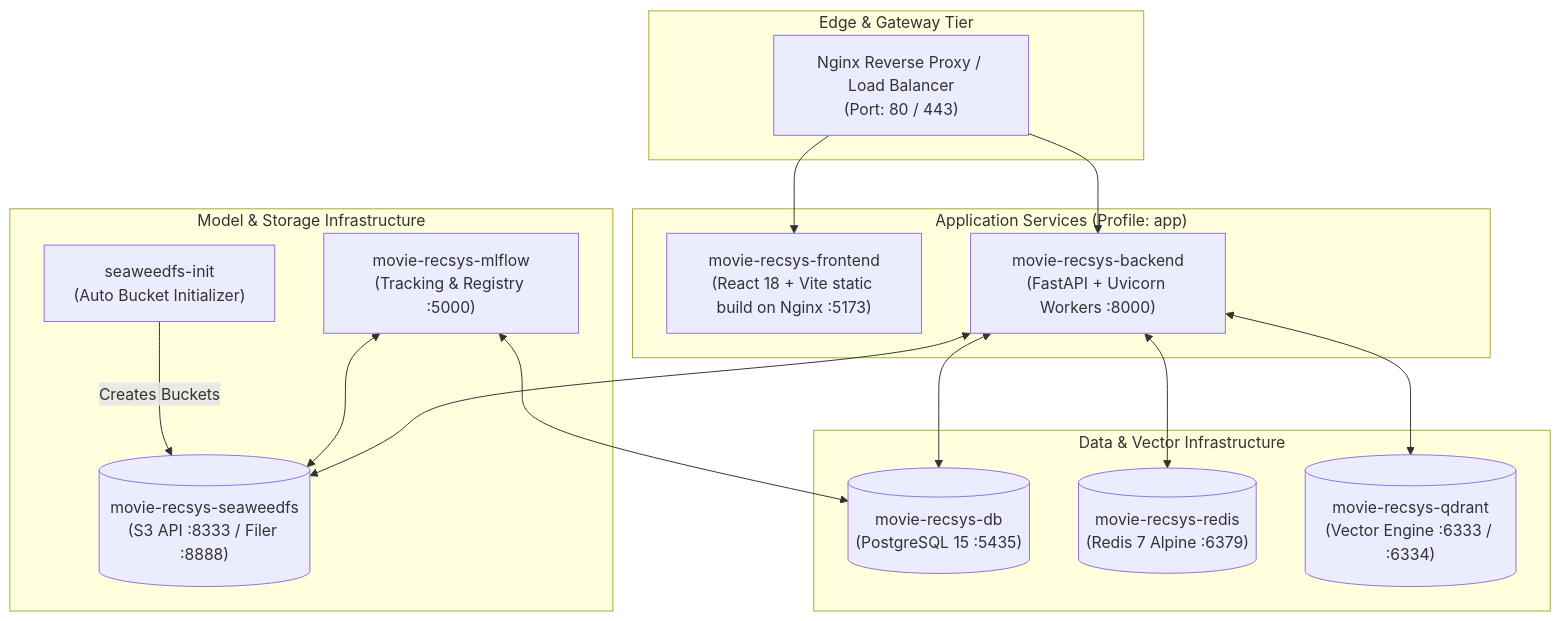
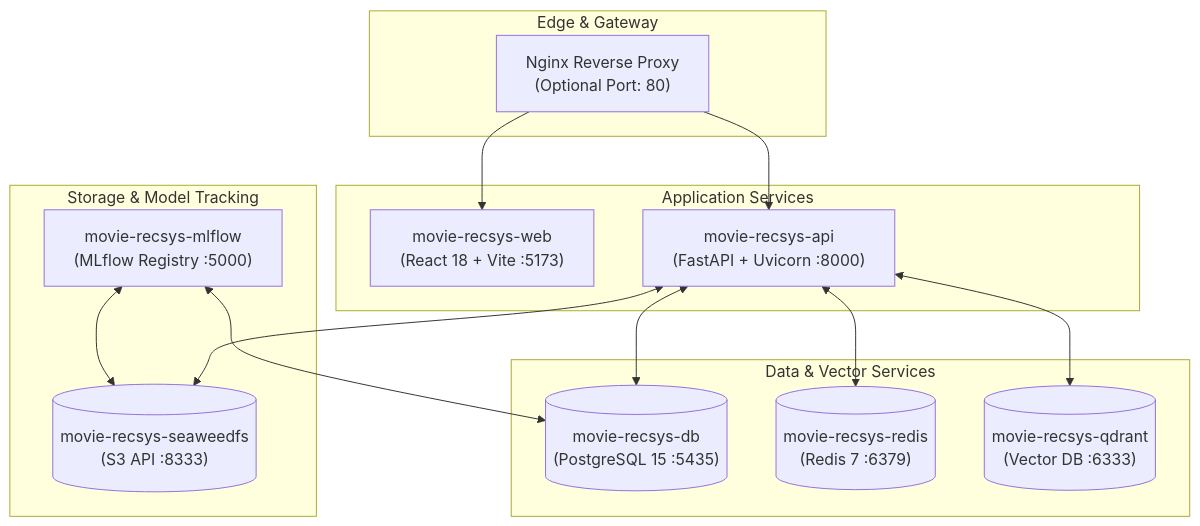
One commit to dducsw/movie-recsys changed the first of 2 diagrams in docs/deployment.md. Above: the diagram before and after it, drawn with Mermaid. The commit also changed other lines of this file and 204 other files, not shown here.

````diff
--- a/docs/deployment.md
+++ b/docs/deployment.md
@@ -11,34 +11,31 @@
 ```mermaid
 flowchart TD
-    subgraph Ingress ["Edge & Gateway Tier"]
-        Nginx["Nginx Reverse Proxy / Load Balancer<br/>(Port: 80 / 443)"]
+    subgraph Ingress ["Edge & Gateway"]
+        Nginx["Nginx Reverse Proxy<br/>(Optional Port: 80)"]
     end
 
-    subgraph AppCluster ["Application Services (Profile: app)"]
-        Frontend["movie-recsys-frontend<br/>(React 18 + Vite static build on Nginx :5173)"]
-        Backend["movie-recsys-backend<br/>(FastAPI + Uvicorn Workers :8000)"]
+    subgraph AppCluster ["Application Services"]
+        Frontend["movie-recsys-web<br/>(React 18 + Vite :5173)"]
+        Backend["movie-recsys-api<br/>(FastAPI + Uvicorn :8000)"]
     end
 
-    subgraph DataCluster ["Data & Vector Infrastructure"]
+    subgraph DataCluster ["Data & Vector Services"]
         Postgres[("movie-recsys-db<br/>(PostgreSQL 15 :5435)")]
-        Redis[("movie-recsys-redis<br/>(Redis 7 Alpine :6379)")]
-        Qdrant[("movie-recsys-qdrant<br/>(Vector Engine :6333 / :6334)")]
+        Redis[("movie-recsys-redis<br/>(Redis 7 :6379)")]
+        Qdrant[("movie-recsys-qdrant<br/>(Vector DB :6333)")]
     end
 
-    subgraph MLOpsCluster ["Model & Storage Infrastructure"]
-        SeaweedFS[("movie-recsys-seaweedfs<br/>(S3 API :8333 / Filer :8888)")]
-        S3Init["seaweedfs-init<br/>(Auto Bucket Initializer)"]
-        MLflow["movie-recsys-mlflow<br/>(Tracking & Registry :5000)"]
+    subgraph MLOpsCluster ["Storage & Model Tracking"]
+        SeaweedFS[("movie-recsys-seaweedfs<br/>(S3 API :8333)")]
+        MLflow["movie-recsys-mlflow<br/>(MLflow Registry :5000)"]
     end
 
     Nginx --> Frontend
     Nginx --> Backend
     Backend <--> Postgres
     Backend <--> Redis
     Backend <--> Qdrant
     Backend <--> SeaweedFS
-    
     MLflow <--> Postgres
     MLflow <--> SeaweedFS
-    S3Init -->|Creates Buckets| SeaweedFS
 ```
````
